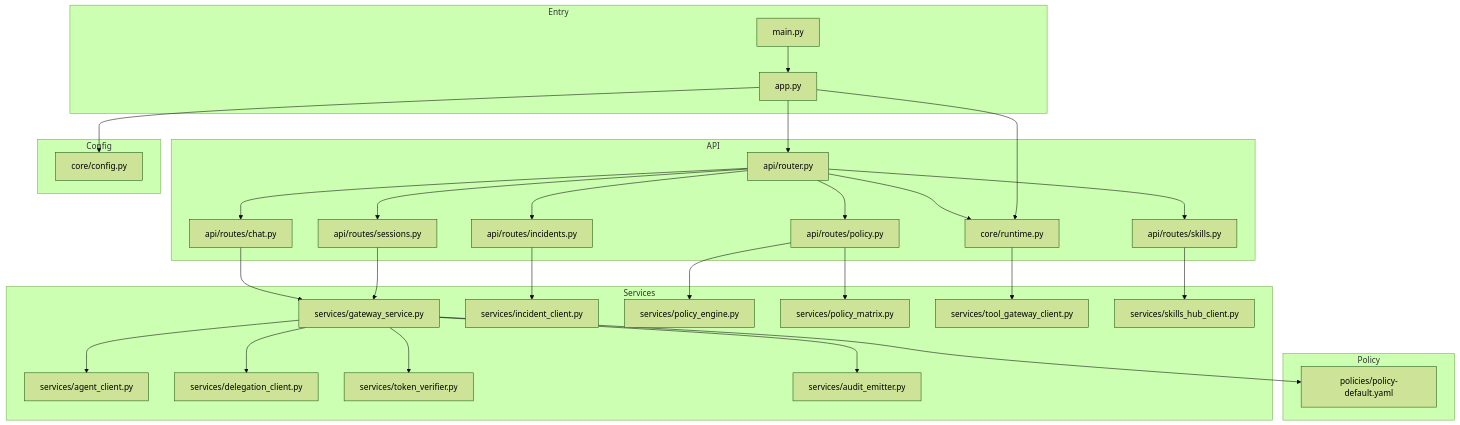
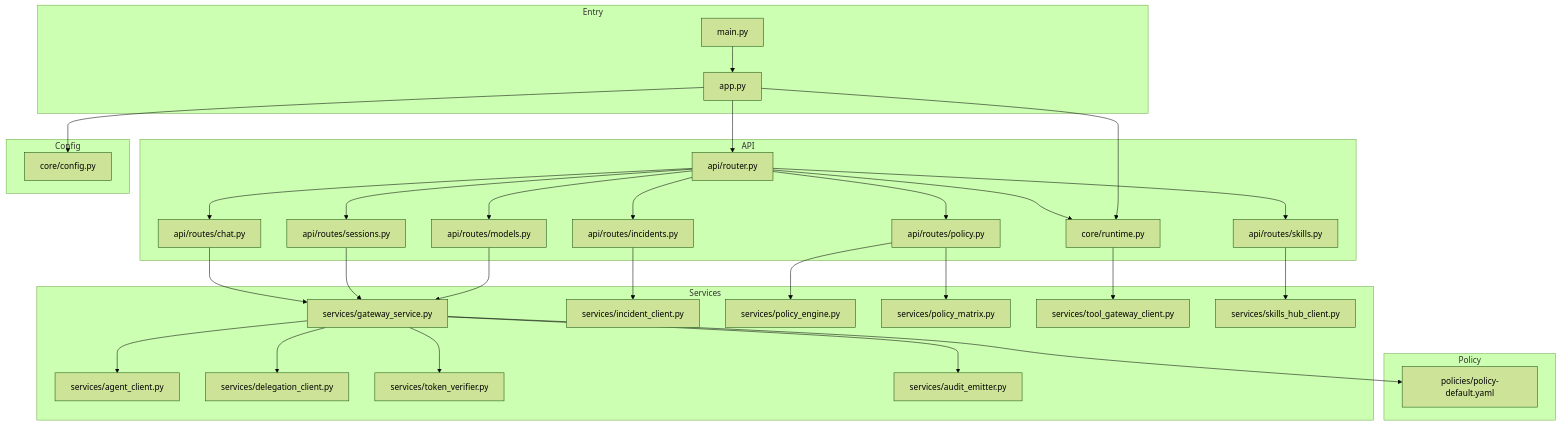
The first of 15 diagrams in .qoder/repowiki/en/content/Architecture Documentation/Platform Gateway Service.md (metasync/luban-aiops), drawn with Mermaid (forest theme) before and after one commit. The commit also changed other lines of this file and 24 other files, not shown here.

````diff
--- a/.qoder/repowiki/en/content/Architecture Documentation/Platform Gateway Service.md
+++ b/.qoder/repowiki/en/content/Architecture Documentation/Platform Gateway Service.md
@@ -80,57 +87,60 @@
 ```mermaid
 graph TB
 subgraph "Entry"
 M["main.py"]
 A["app.py"]
 end
 subgraph "API"
 R["api/router.py"]
 RC["api/routes/chat.py"]
 RS["api/routes/sessions.py"]
 RI["api/routes/incidents.py"]
 RP["api/routes/policy.py"]
 RT["api/routes/tools.py"]
 RK["api/routes/skills.py"]
+RM["api/routes/models.py"]
 end
 subgraph "Services"
 GS["services/gateway_service.py"]
 AC["services/agent_client.py"]
 IC["services/incident_client.py"]
 DC["services/delegation_client.py"]
 TV["services/token_verifier.py"]
 PE["services/policy_engine.py"]
 PM["services/policy_matrix.py"]
 TGC["services/tool_gateway_client.py"]
 SHC["services/skills_hub_client.py"]
 AE["services/audit_emitter.py"]
 end
 subgraph "Policy"
 P["policies/policy-default.yaml"]
 end
 subgraph "Config"
 CFG["core/config.py"]
 RT["core/runtime.py"]
 end
 M --> A
 A --> R
 R --> RC
 R --> RS
 R --> RI
 R --> RP
 R --> RT
 R --> RK
+R --> RM
 RC --> GS
 RS --> GS
 RI --> IC
 RP --> PE
 RP --> PM
 RT --> TGC
 RK --> SHC
+RM --> GS
 GS --> AC
 GS --> DC
 GS --> TV
 GS --> P
 GS --> AE
 A --> CFG
 A --> RT
 ```
````
